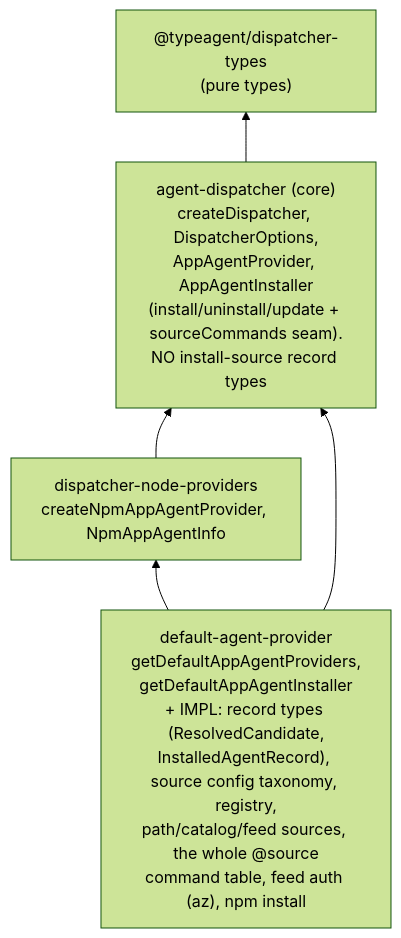
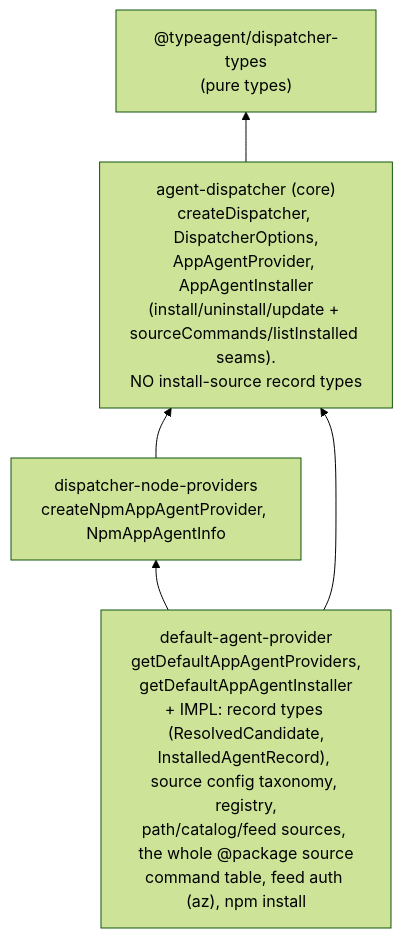
The second of 5 diagrams in ts/docs/design/agentInstallSource/DESIGN.md (microsoft/TypeAgent), drawn with Mermaid (forest theme) before and after one commit. The commit also changed other lines of this file and 8 other files, not shown here.

Commit message:
Add @package list and @source list commands with docs

````diff
--- a/ts/docs/design/agentInstallSource/DESIGN.md
+++ b/ts/docs/design/agentInstallSource/DESIGN.md
@@ -389,11 +392,11 @@
 ```mermaid
 flowchart BT
     types["@typeagent/dispatcher-types<br/>(pure types)"]
-    disp["agent-dispatcher (core)<br/>createDispatcher, DispatcherOptions,<br/>AppAgentProvider, AppAgentInstaller<br/>(install/uninstall/update + sourceCommands seam).<br/>NO install-source record types"]
+    disp["agent-dispatcher (core)<br/>createDispatcher, DispatcherOptions,<br/>AppAgentProvider, AppAgentInstaller<br/>(install/uninstall/update + sourceCommands/listInstalled seams).<br/>NO install-source record types"]
     node["dispatcher-node-providers<br/>createNpmAppAgentProvider, NpmAppAgentInfo"]
-    dflt["default-agent-provider<br/>getDefaultAppAgentProviders,<br/>getDefaultAppAgentInstaller<br/>+ IMPL: record types (ResolvedCandidate,<br/>InstalledAgentRecord), source config taxonomy, registry,<br/>path/catalog/feed sources, the whole @source<br/>command table, feed auth (az), npm install"]
+    dflt["default-agent-provider<br/>getDefaultAppAgentProviders,<br/>getDefaultAppAgentInstaller<br/>+ IMPL: record types (ResolvedCandidate,<br/>InstalledAgentRecord), source config taxonomy, registry,<br/>path/catalog/feed sources, the whole @package source<br/>command table, feed auth (az), npm install"]
     disp --> types
     node --> disp
     dflt --> disp
     dflt --> node
 ```
````
